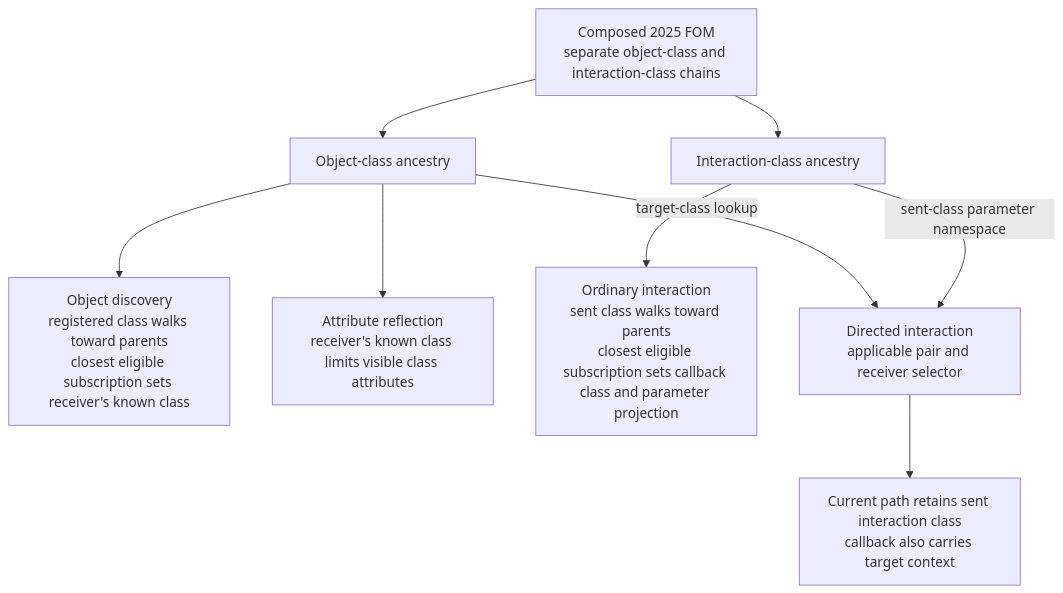
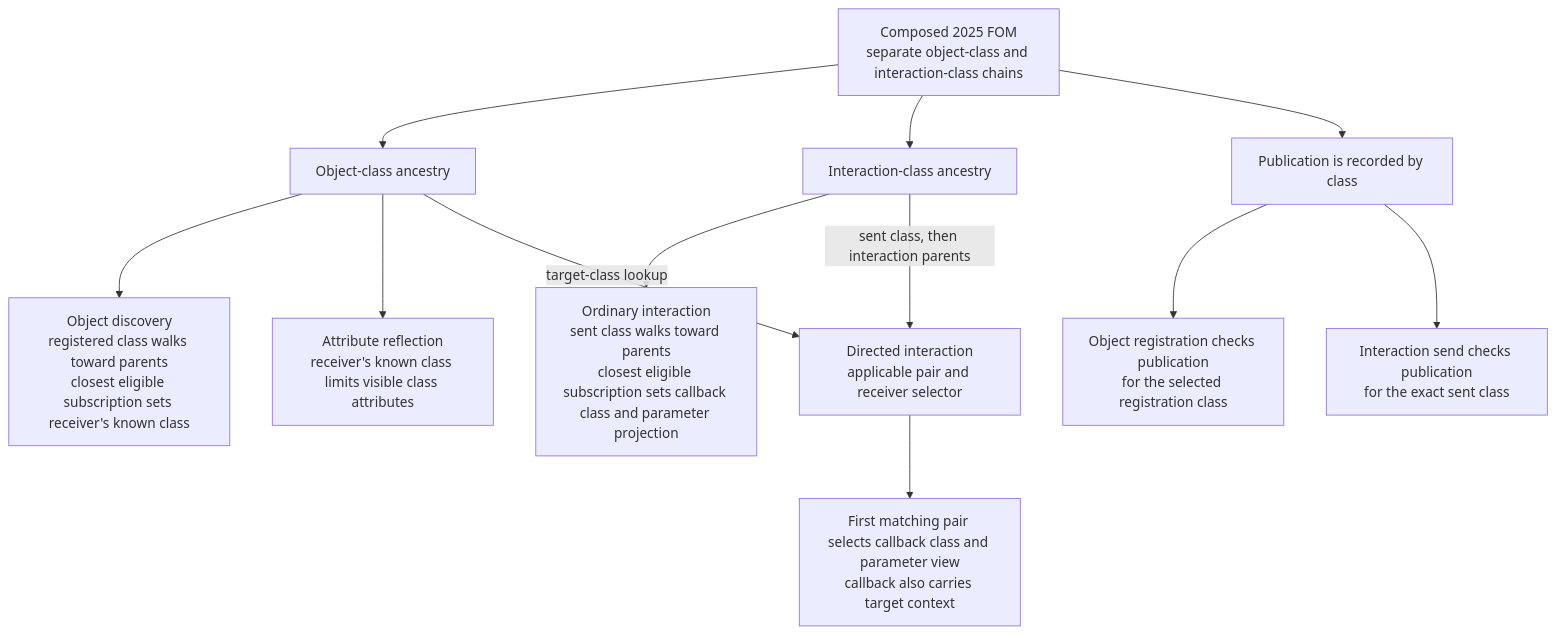
The third of 32 diagrams in docs/design/HLA-2025-OBJECT-AND-INTERACTION-INFORMATION-FLOW-GUIDE.md (sheepfling/umbra), drawn with Mermaid before and after one commit. The commit also changed other lines of this file and 39 other files, not shown here.

Commit message:
Document IEEE 1516.1-2025 behavior flows

````diff
--- a/docs/design/HLA-2025-OBJECT-AND-INTERACTION-INFORMATION-FLOW-GUIDE.md
+++ b/docs/design/HLA-2025-OBJECT-AND-INTERACTION-INFORMATION-FLOW-GUIDE.md
@@ -225,12 +363,15 @@
 ```mermaid
 flowchart TD
   FOM["Composed 2025 FOM<br/>separate object-class and interaction-class chains"]
   FOM --> ObjectTree["Object-class ancestry"]
   FOM --> InteractionTree["Interaction-class ancestry"]
   ObjectTree --> Discovery["Object discovery<br/>registered class walks toward parents<br/>closest eligible subscription sets receiver's known class"]
   ObjectTree --> AttributeValues["Attribute reflection<br/>receiver's known class limits visible class attributes"]
+  FOM --> PublicationKeys["Publication is recorded by class"]
+  PublicationKeys --> ObjectRegistration["Object registration checks publication<br/>for the selected registration class"]
+  PublicationKeys --> InteractionSend["Interaction send checks publication<br/>for the exact sent class"]
   InteractionTree --> OrdinaryInteraction["Ordinary interaction<br/>sent class walks toward parents<br/>closest eligible subscription sets callback class and parameter projection"]
   ObjectTree -->|target-class lookup| DirectedInteraction["Directed interaction<br/>applicable pair and receiver selector"]
-  InteractionTree -->|sent-class parameter namespace| DirectedInteraction
-  DirectedInteraction --> DirectedCallback["Current path retains sent interaction class<br/>callback also carries target context"]
+  InteractionTree -->|sent class, then interaction parents| DirectedInteraction
+  DirectedInteraction --> DirectedCallback["First matching pair selects callback class and parameter view<br/>callback also carries target context"]
 ```
````
